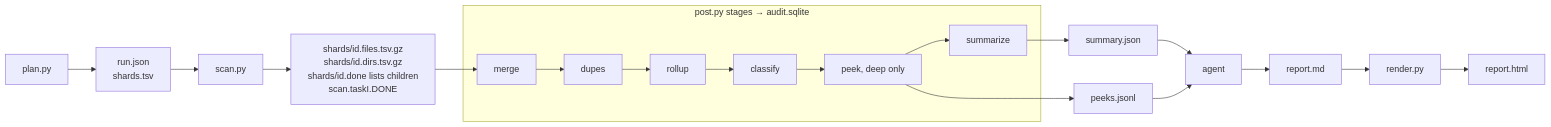
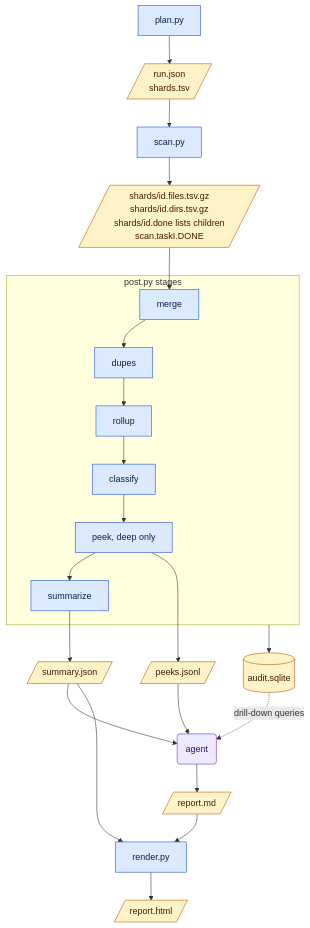
One commit to harvardinformatics/data-concierge-file-audit changed the second of 2 diagrams in docs/spec.md. Above: the diagram before and after it, drawn with Mermaid. The commit also changed other lines of this file, not shown here.

First line of the commit message:
spec: vertical, titled, colour-coded diagrams; bring render.py row up to date

````diff
--- a/docs/spec.md
+++ b/docs/spec.md
@@ -72,12 +90,22 @@
 ```mermaid
-flowchart LR
-  P[plan.py] --> R[run.json<br/>shards.tsv]
-  R --> S[scan.py] --> SH[shards/id.files.tsv.gz<br/>shards/id.dirs.tsv.gz<br/>shards/id.done lists children<br/>scan.taskI.DONE]
+flowchart TB
+  P[plan.py] --> R[/"run.json<br/>shards.tsv"/]
+  R --> S[scan.py] --> SH[/"shards/id.files.tsv.gz<br/>shards/id.dirs.tsv.gz<br/>shards/id.done lists children<br/>scan.taskI.DONE"/]
   SH --> M
-  subgraph PO[post.py stages → audit.sqlite]
+  subgraph PO[post.py stages]
     M[merge] --> D[dupes] --> RU[rollup] --> C[classify] --> PK[peek, deep only] --> SU[summarize]
   end
-  PK --> PJ[peeks.jsonl]
-  SU --> SJ[summary.json]
-  SJ & PJ --> AG[agent] --> MD[report.md] --> RE[render.py] --> HT[report.html]
+  PO --> DB[(audit.sqlite)]
+  PK --> PJ[/peeks.jsonl/]
+  SU --> SJ[/summary.json/]
+  SJ & PJ --> AG(agent) --> MD[/report.md/] --> RE[render.py] --> HT[/report.html/]
+  SJ --> RE
+  DB -. drill-down queries .-> AG
+  classDef script fill:#dbeafe,stroke:#1d4ed8,color:#0b1f4d
+  classDef output fill:#fef3c7,stroke:#b45309,color:#451a03
+  classDef agent fill:#ede9fe,stroke:#6d28d9,color:#2e1065
+  classDef target fill:#e5e7eb,stroke:#374151,color:#111827
+  class P,S,M,D,RU,C,PK,SU,RE script
+  class R,SH,PJ,SJ,MD,HT,DB output
+  class AG agent
 ```
````
